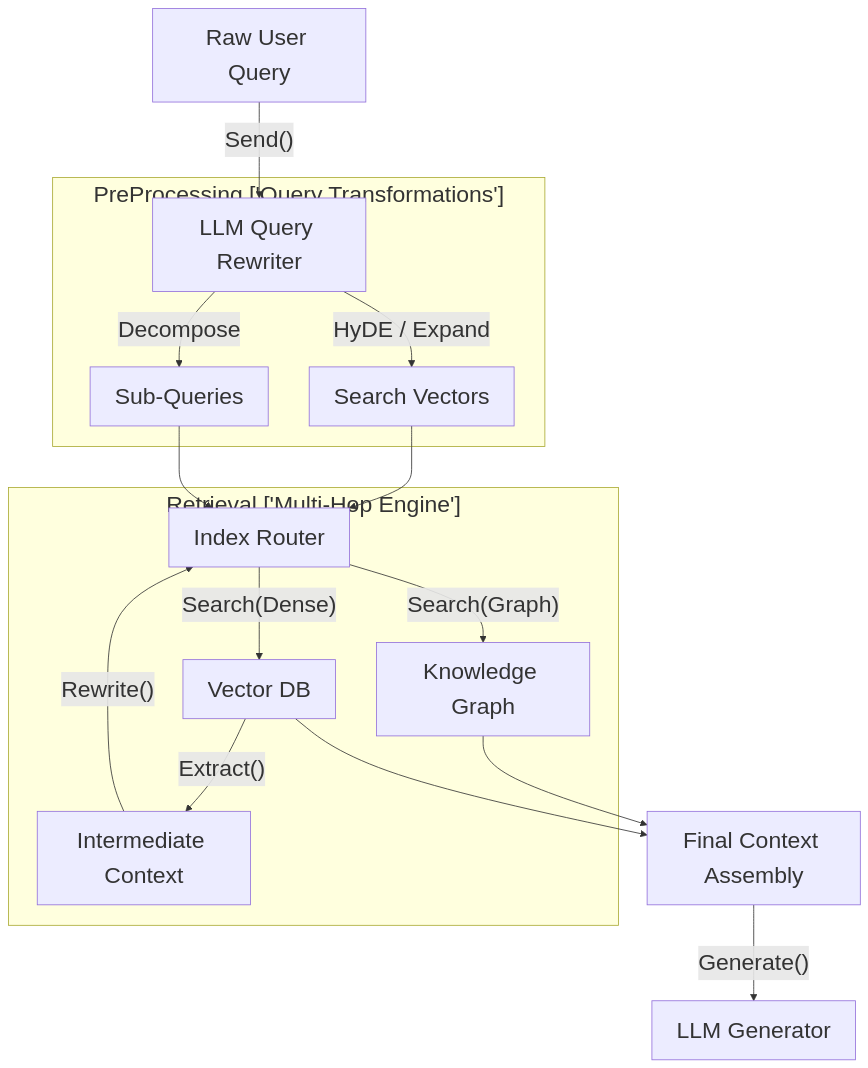
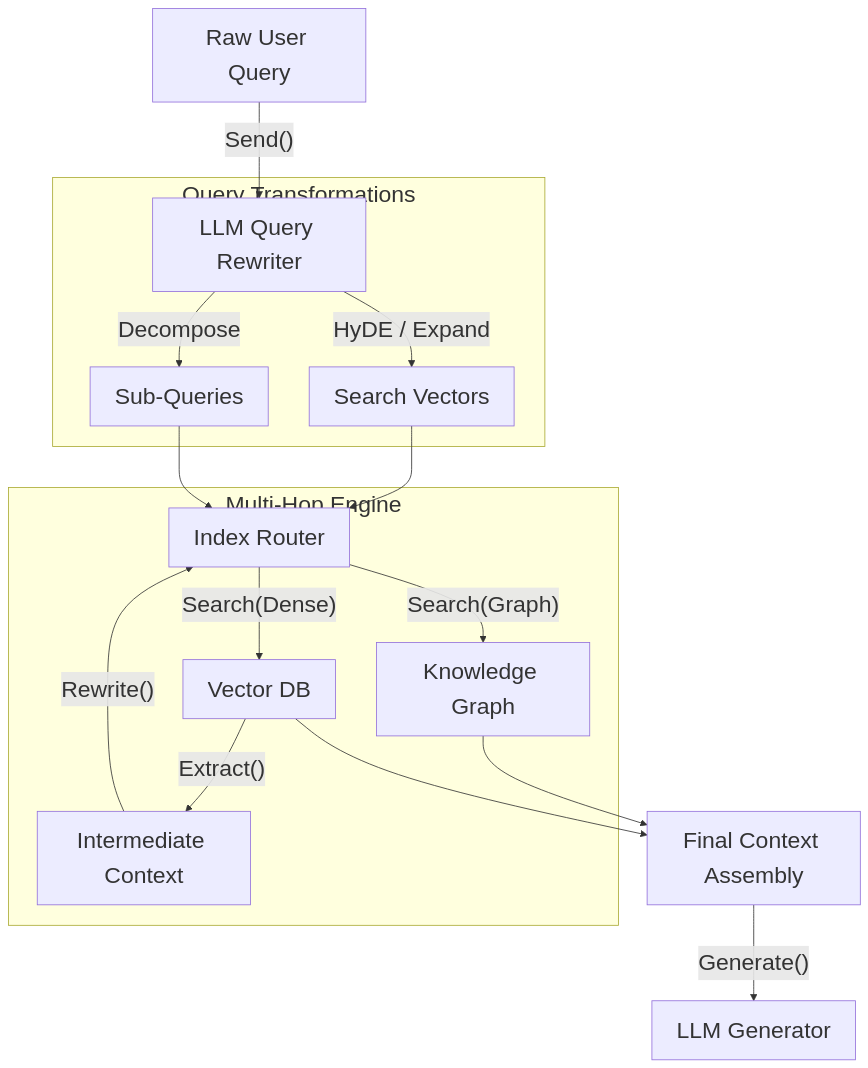
The diagram in skills/prompt-engineering/rag-design/SKILL.md (j4flmao/agent-skills), drawn with Mermaid before and after one commit. The commit also changed 38 other files, not shown here.

Commit message:
style(skills): Add padding to Mermaid subgraphs to prevent label overlap with nodes

````diff
--- a/skills/prompt-engineering/rag-design/SKILL.md
+++ b/skills/prompt-engineering/rag-design/SKILL.md
@@ -18,24 +18,24 @@
 ```mermaid
 %%{init: {"theme": "default", "themeVariables": {"fontSize": "28px"}, "flowchart": {"useMaxWidth": false}}}%%
 flowchart TD
     User["Raw User Query"] -->|"Send()"| Rewriter["LLM Query Rewriter"]
     
-    subgraph PreProcessingQueryTransformations ["PreProcessing ['Query Transformations']"]
+    subgraph PreProcessingQueryTransformations ["Query Transformations<br/>"]
         Rewriter -->|"HyDE / Expand"| Vectors["Search Vectors"]
         Rewriter -->|"Decompose"| SubQueries["Sub-Queries"]
     end
     
-    subgraph RetrievalMultiHopEngine ["Retrieval ['Multi-Hop Engine']"]
+    subgraph RetrievalMultiHopEngine ["Multi-Hop Engine<br/>"]
         Vectors --> Router["Index Router"]
         SubQueries --> Router
         Router -->|"Search(Dense)"| VectorDB["Vector DB"]
         Router -->|"Search(Graph)"| GraphDB["Knowledge Graph"]
         
         VectorDB -->|"Extract()"| Hop1["Intermediate Context"]
         Hop1 -->|"Rewrite()"| Router
     end
     
     GraphDB --> ContextWindow["Final Context Assembly"]
     VectorDB --> ContextWindow
     ContextWindow -->|"Generate()"| LLM["LLM Generator"]
 ```
````
